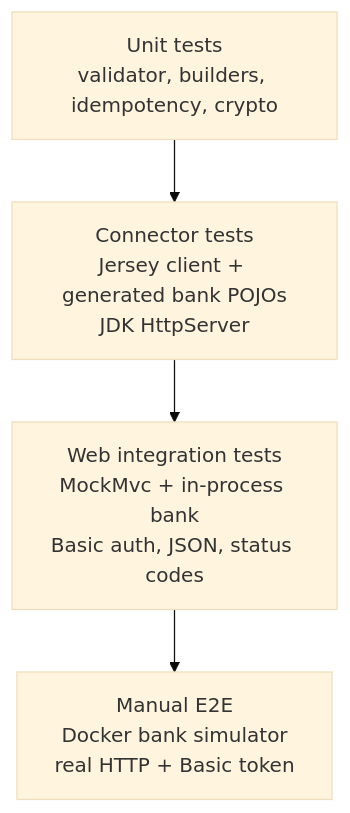
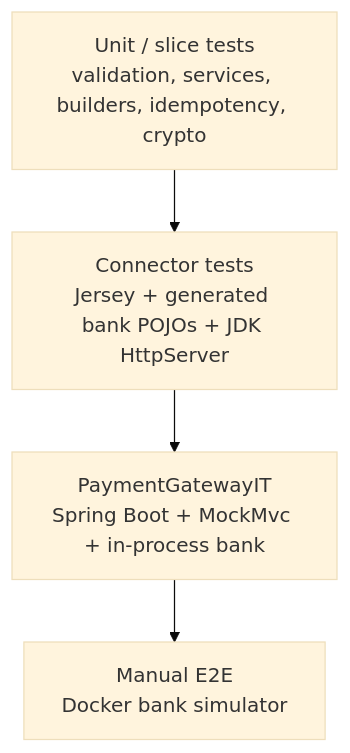
One commit to huyoyo/payment-gateway-challenge-java changed the sixth of 6 diagrams in README.md. Above: the diagram before and after it, drawn with Mermaid (base theme). The commit also changed other lines of this file and 73 other files, not shown here.

````diff
--- a/README.md
+++ b/README.md
@@ -479,11 +432,9 @@
 ```mermaid
 flowchart TB
-    Unit["Unit tests<br/>validator, builders, idempotency, crypto"]
-    Connector["Connector tests<br/>Jersey client + generated bank POJOs<br/>JDK HttpServer"]
-    Web["Web integration tests<br/>MockMvc + in-process bank<br/>Basic auth, JSON, status codes"]
-    Manual["Manual E2E<br/>Docker bank simulator<br/>real HTTP + Basic token"]
+    Unit["Unit / slice tests<br/>validation, services, builders, idempotency, crypto"]
+    Connector["Connector tests<br/>Jersey + generated bank POJOs + JDK HttpServer"]
+    IT["PaymentGatewayIT<br/>Spring Boot + MockMvc + in-process bank"]
+    Manual["Manual E2E<br/>Docker bank simulator"]
 
-    Unit --> Connector
-    Connector --> Web
-    Web --> Manual
+    Unit --> Connector --> IT --> Manual
 ```
````
